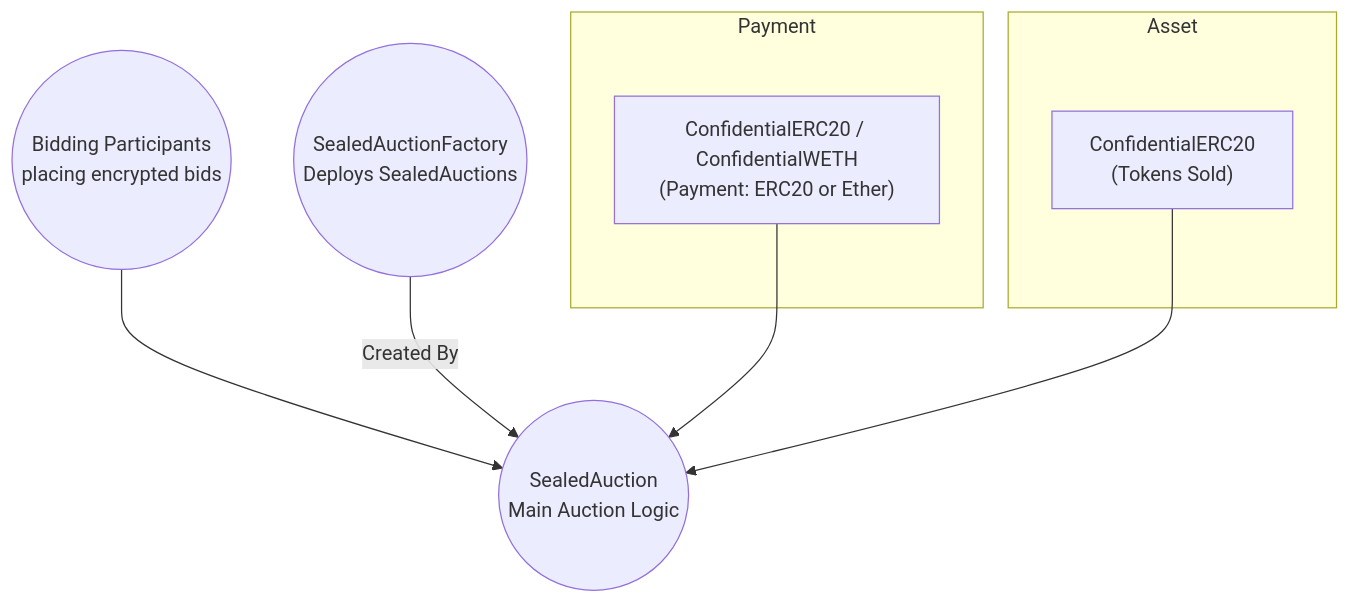
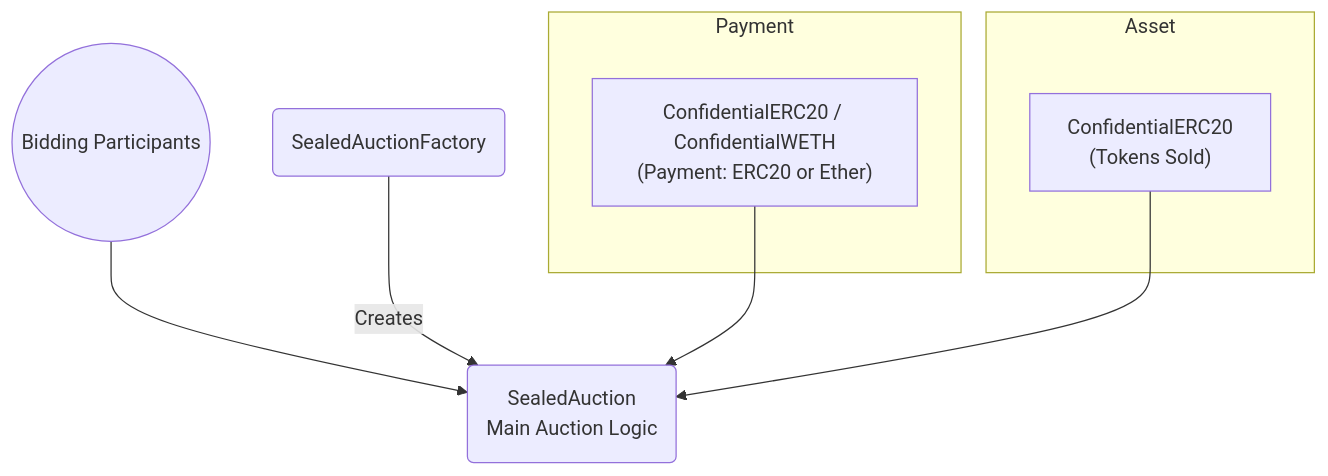
One commit to El-hacen21/sealed-auction changed the diagram in README.md. Above: the diagram before and after it, drawn with Mermaid.

Commit message:
readme >> update global architecture

````diff
--- a/README.md
+++ b/README.md
@@ -50,24 +50,26 @@
 ```mermaid
 flowchart TB
     %% Define subgraphs for clarity
     subgraph Payment
         C1["ConfidentialERC20 / ConfidentialWETH<br>(Payment: ERC20 or Ether)"]
     end
 
     subgraph Asset
         A1["ConfidentialERC20<br>(Tokens Sold)"]
     end
 
     %% Main participants
-    BiddingParticipants(("Bidding Participants<br>placing encrypted bids"))
-    SealedAuctionFactory(("SealedAuctionFactory<br>Deploys SealedAuctions"))
-    SealedAuction(("SealedAuction<br>Main Auction Logic"))
+    
+    SealedAuctionFactory("SealedAuctionFactory")
+    SealedAuction("SealedAuction<br>Main Auction Logic")
 
     %% Diagram connections
     BiddingParticipants --> SealedAuction
-    SealedAuctionFactory -->|Created By| SealedAuction
+    SealedAuctionFactory -->|Creates | SealedAuction
 
     %% Tokens/Assets flow into SealedAuction
     C1 --> SealedAuction
     A1 --> SealedAuction
+
+    BiddingParticipants(("Bidding Participants"))
 ```
````
